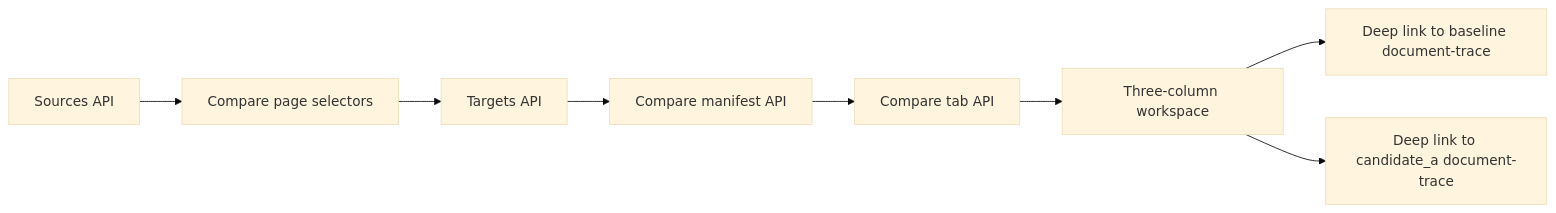
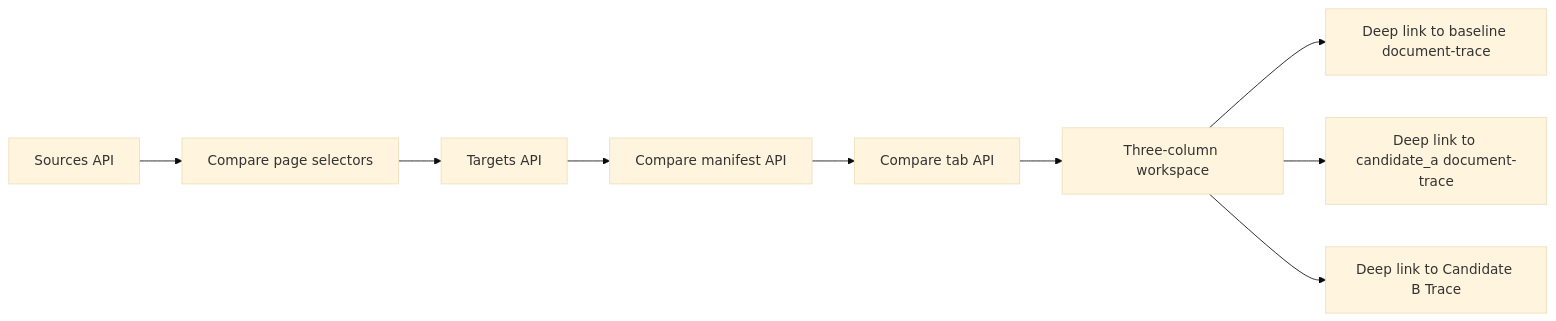
The diagram in frontend_UI_plans/wb-compare-blueprint.md (benjmcd/project6_REPO_MCP_FOLDER), drawn with Mermaid (base theme) before and after one commit. The commit also changed other lines of this file and 29 other files, not shown here.

Commit message:
Add candidate B trace inspection surface

````diff
--- a/frontend_UI_plans/wb-compare-blueprint.md
+++ b/frontend_UI_plans/wb-compare-blueprint.md
@@ -19,10 +19,11 @@
 ```mermaid
 flowchart LR
   A["Sources API"] --> B["Compare page selectors"]
   B --> C["Targets API"]
   C --> D["Compare manifest API"]
   D --> E["Compare tab API"]
   E --> F["Three-column workspace"]
   F --> G["Deep link to baseline document-trace"]
   F --> H["Deep link to candidate_a document-trace"]
+  F --> I["Deep link to Candidate B Trace"]
 ```
````
